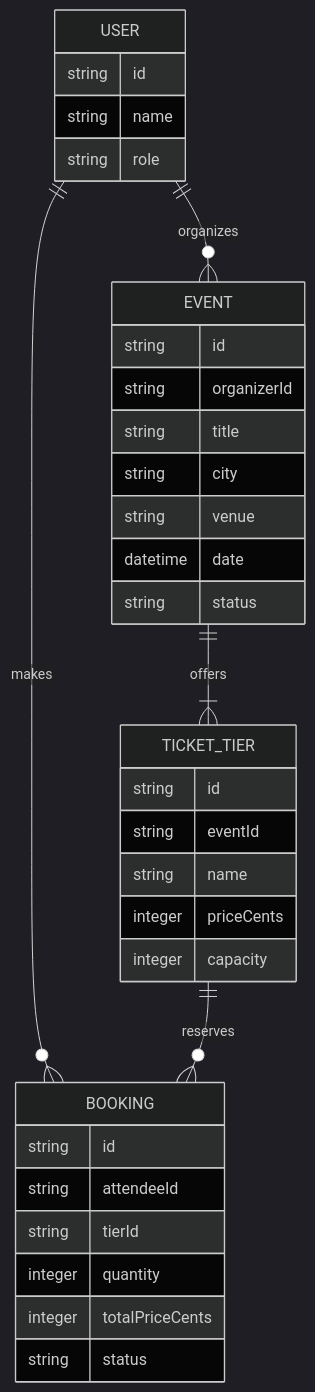
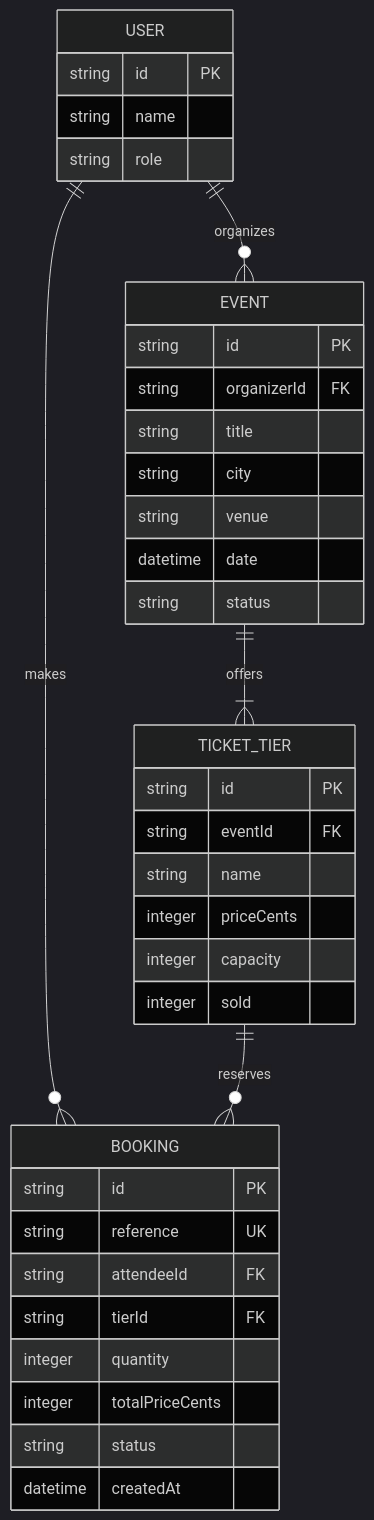
The second of 3 diagrams in docs/architecture.md (MKO-Abiodun/my-capstone-project), drawn with Mermaid (dark theme) before and after one commit. The commit also changed other lines of this file and 23 other files, not shown here.

````diff
--- a/docs/architecture.md
+++ b/docs/architecture.md
@@ -22,37 +25,40 @@
 ```mermaid
 erDiagram
   USER ||--o{ EVENT : organizes
   EVENT ||--|{ TICKET_TIER : offers
   USER ||--o{ BOOKING : makes
   TICKET_TIER ||--o{ BOOKING : reserves
 
   USER {
-    string id
+    string id PK
     string name
     string role
   }
   EVENT {
-    string id
-    string organizerId
+    string id PK
+    string organizerId FK
     string title
     string city
     string venue
     datetime date
     string status
   }
   TICKET_TIER {
-    string id
-    string eventId
+    string id PK
+    string eventId FK
     string name
     integer priceCents
     integer capacity
+    integer sold
   }
   BOOKING {
-    string id
-    string attendeeId
-    string tierId
+    string id PK
+    string reference UK
+    string attendeeId FK
+    string tierId FK
     integer quantity
     integer totalPriceCents
     string status
+    datetime createdAt
   }
 ```
````
